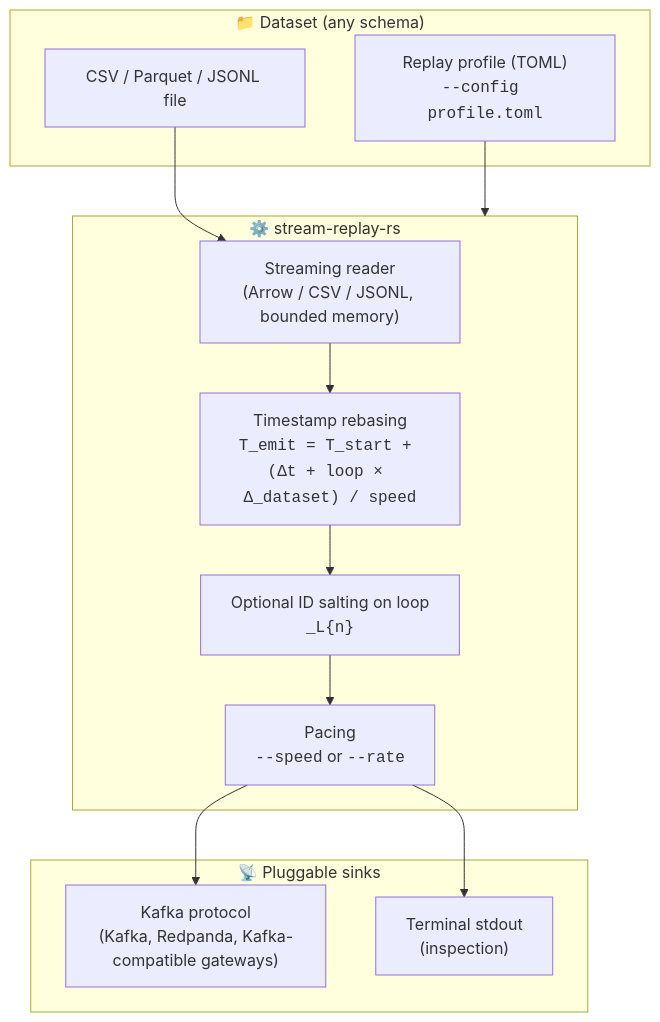
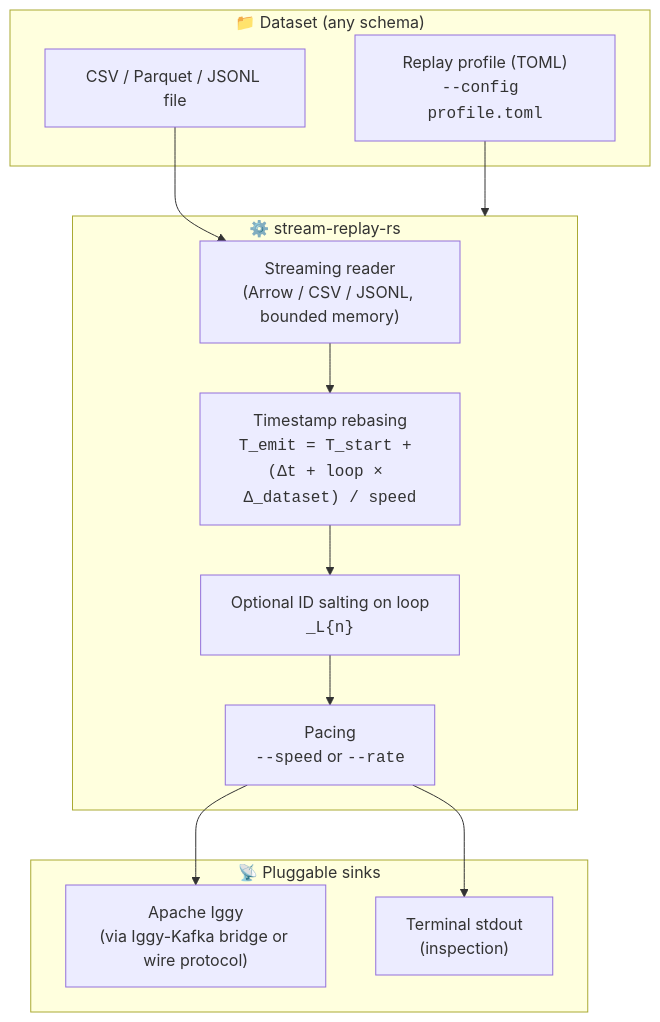
One commit to reidlai/stream-replay-rs changed the diagram in README.md. Above: the diagram before and after it, drawn with Mermaid. The commit also changed other lines of this file and 3 other files, not shown here.

Commit message:
feat(docs): update sink architecture and quickstart to Apache Iggy (Story 13.11)

````diff
--- a/README.md
+++ b/README.md
@@ -18,25 +18,25 @@
 ```mermaid
 flowchart TD
     subgraph Input ["📁 Dataset (any schema)"]
         Dataset["CSV / Parquet / JSONL file"]
         Profile["Replay profile (TOML)<br/><code>--config profile.toml</code>"]
     end
 
     subgraph Engine ["⚙️ stream-replay-rs"]
         Reader["Streaming reader<br/>(Arrow / CSV / JSONL, bounded memory)"]
         TimeEngine["Timestamp rebasing<br/><code>T_emit = T_start + (Δt + loop × Δ_dataset) / speed</code>"]
         Salter["Optional ID salting on loop<br/><code>_L{n}</code>"]
         Pacer["Pacing<br/><code>--speed</code> or <code>--rate</code>"]
     end
 
     subgraph Sinks ["📡 Pluggable sinks"]
-        Kafka["Kafka protocol<br/>(Kafka, Redpanda, Kafka-compatible gateways)"]
+        Iggy["Apache Iggy<br/>(via Iggy-Kafka bridge or wire protocol)"]
         Stdout["Terminal stdout<br/>(inspection)"]
     end
 
     Dataset --> Reader
     Profile --> Engine
     Reader --> TimeEngine --> Salter --> Pacer
-    Pacer --> Kafka
+    Pacer --> Iggy
     Pacer --> Stdout
 ```
````
